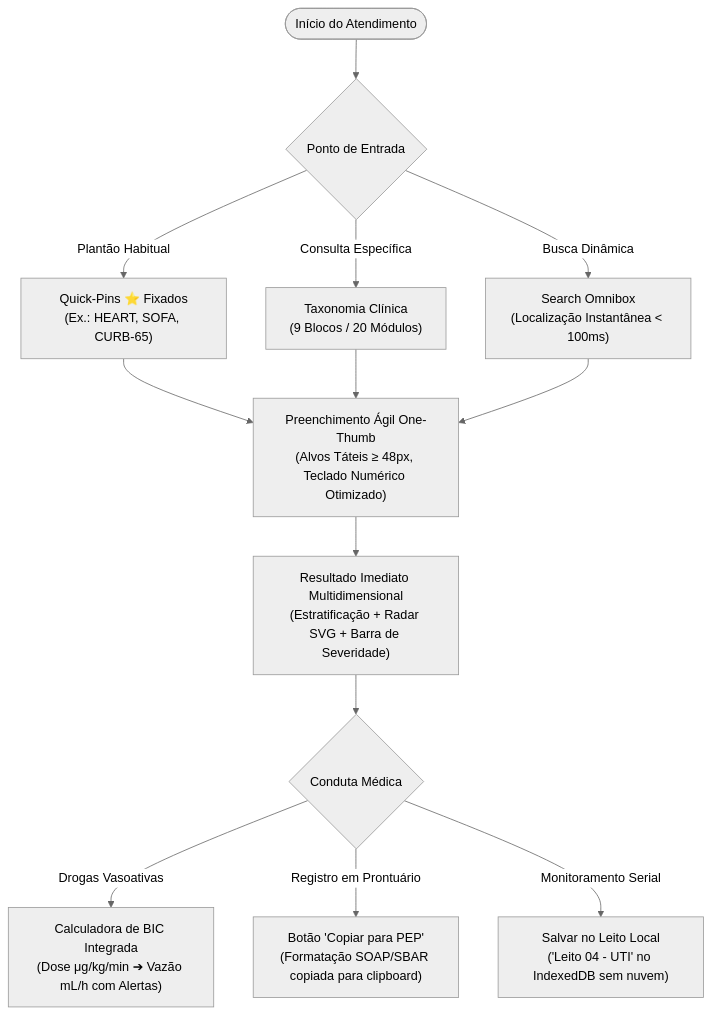
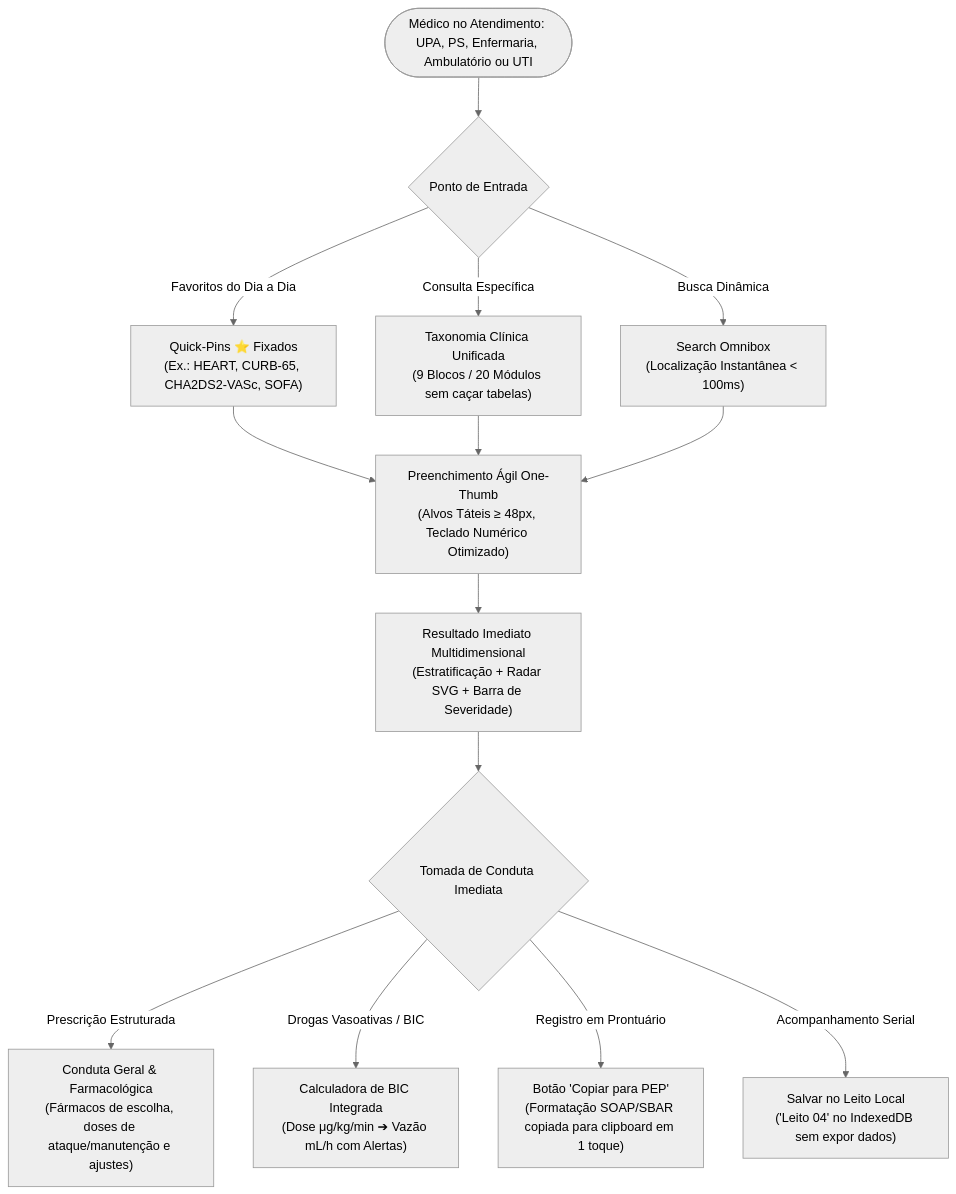
The third of 4 diagrams in README.md (melkidonadonmed-lgtm/scoreboard), drawn with Mermaid (neutral theme) before and after one commit. The commit also changed other lines of this file, not shown here.

Commit message:
docs(readme): expandir escopo para qualquer medico e enfatizar eliminacao do garimpo de tabelas

````diff
--- a/README.md
+++ b/README.md
@@ -98,18 +123,19 @@
 ```mermaid
 flowchart TD
-    Start(["Início do Atendimento"]) --> A1{"Ponto de Entrada"}
-    A1 -->|"Plantão Habitual"| A2["Quick-Pins ⭐ Fixados<br/>(Ex.: HEART, SOFA, CURB-65)"]
-    A1 -->|"Consulta Específica"| A3["Taxonomia Clínica<br/>(9 Blocos / 20 Módulos)"]
+    Start(["Médico no Atendimento: UPA, PS, Enfermaria, Ambulatório ou UTI"]) --> A1{"Ponto de Entrada"}
+    A1 -->|"Favoritos do Dia a Dia"| A2["Quick-Pins ⭐ Fixados<br/>(Ex.: HEART, CURB-65, CHA2DS2-VASc, SOFA)"]
+    A1 -->|"Consulta Específica"| A3["Taxonomia Clínica Unificada<br/>(9 Blocos / 20 Módulos sem caçar tabelas)"]
     A1 -->|"Busca Dinâmica"| A4["Search Omnibox<br/>(Localização Instantânea < 100ms)"]
 
     A2 --> B["Preenchimento Ágil One-Thumb<br/>(Alvos Táteis ≥ 48px, Teclado Numérico Otimizado)"]
     A3 --> B
     A4 --> B
 
     B --> C["Resultado Imediato Multidimensional<br/>(Estratificação + Radar SVG + Barra de Severidade)"]
 
-    C --> D{"Conduta Médica"}
-    D -->|"Drogas Vasoativas"| E1["Calculadora de BIC Integrada<br/>(Dose μg/kg/min ➔ Vazão mL/h com Alertas)"]
-    D -->|"Registro em Prontuário"| E2["Botão 'Copiar para PEP'<br/>(Formatação SOAP/SBAR copiada para clipboard)"]
-    D -->|"Monitoramento Serial"| E3["Salvar no Leito Local<br/>('Leito 04 - UTI' no IndexedDB sem nuvem)"]
+    C --> D{"Tomada de Conduta Imediata"}
+    D -->|"Prescrição Estruturada"| E1["Conduta Geral & Farmacológica<br/>(Fármacos de escolha, doses de ataque/manutenção e ajustes)"]
+    D -->|"Drogas Vasoativas / BIC"| E2["Calculadora de BIC Integrada<br/>(Dose μg/kg/min ➔ Vazão mL/h com Alertas)"]
+    D -->|"Registro em Prontuário"| E3["Botão 'Copiar para PEP'<br/>(Formatação SOAP/SBAR copiada para clipboard em 1 toque)"]
+    D -->|"Acompanhamento Serial"| E4["Salvar no Leito Local<br/>('Leito 04' no IndexedDB sem expor dados)"]
 ```
````
